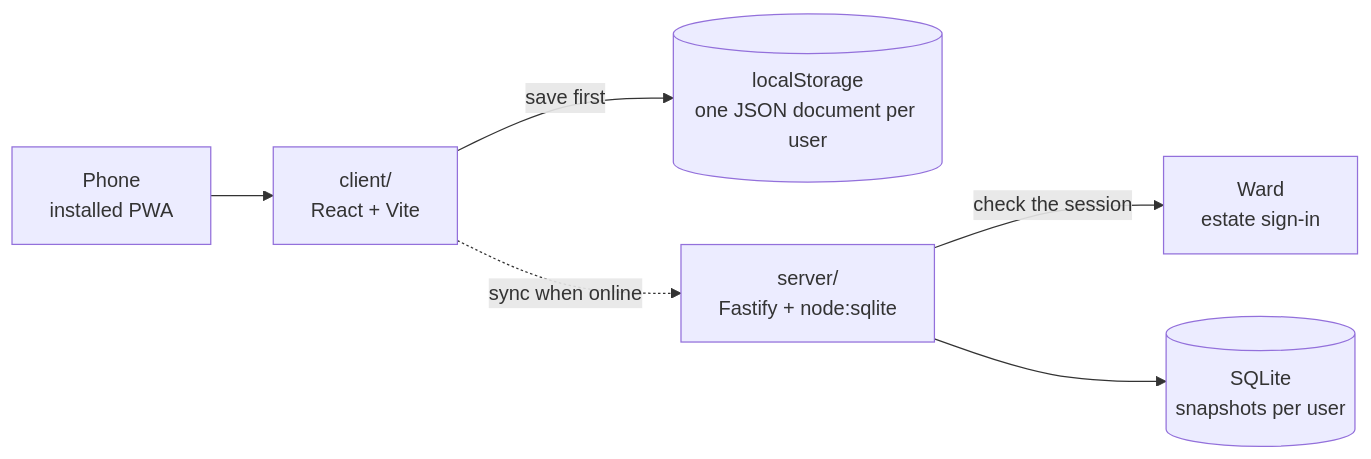
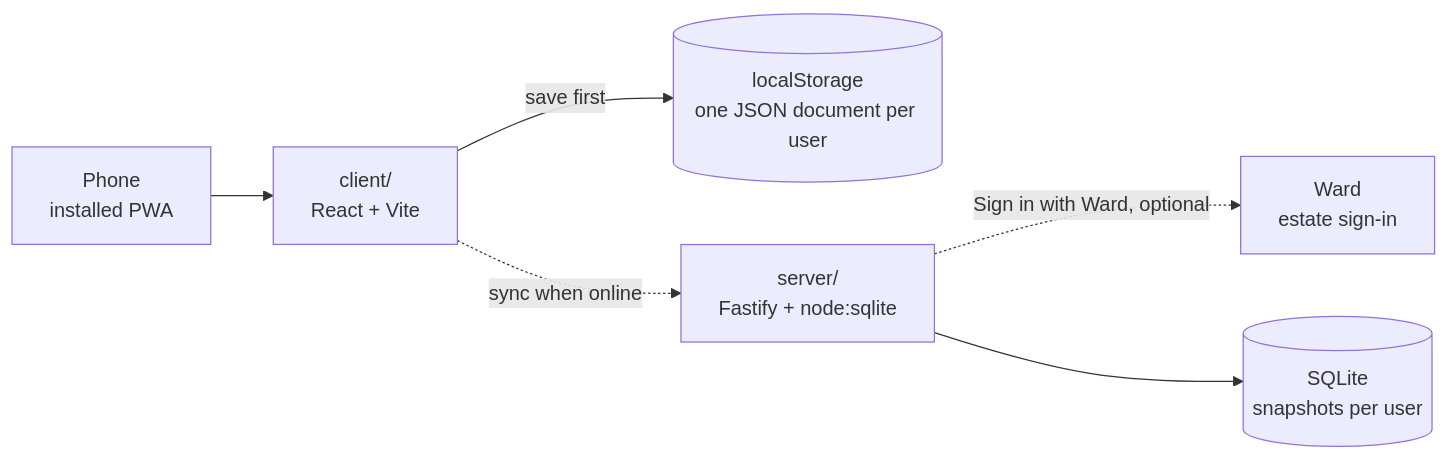
One commit to gandolh/sports-app changed the diagram in README.md. Above: the diagram before and after it, drawn with Mermaid. The commit also changed other lines of this file and 3 other files, not shown here.

````diff
--- a/README.md
+++ b/README.md
@@ -34,8 +34,8 @@
 ```mermaid
 flowchart LR
   phone["Phone<br/>installed PWA"] --> client["client/<br/>React + Vite"]
   client -->|"save first"| local[("localStorage<br/>one JSON document per user")]
   client -.->|"sync when online"| server["server/<br/>Fastify + node:sqlite"]
-  server -->|"check the session"| ward["Ward<br/>estate sign-in"]
+  server -.->|"Sign in with Ward, optional"| ward["Ward<br/>estate sign-in"]
   server --> db[("SQLite<br/>snapshots per user")]
 ```
````
